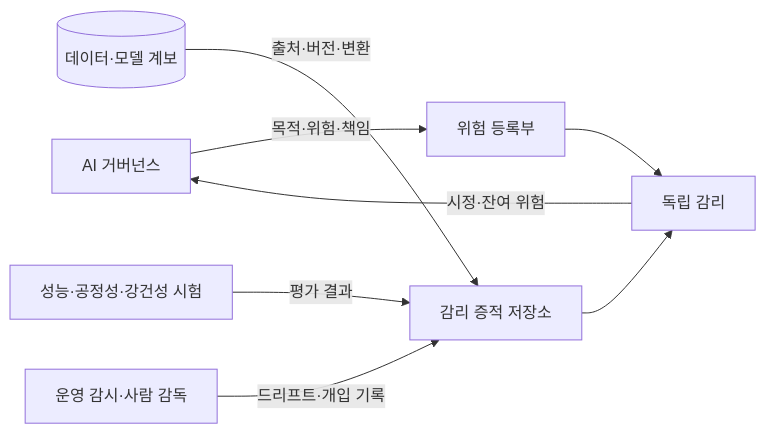
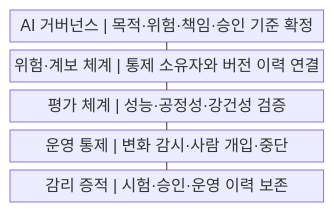
Before and after one commit to agnusdei1207/knowledge-base: the first of 2 diagrams in src/content/docs/notes/03-software/228_ai_software_audit.md, drawn with Mermaid. The commit also changed other lines of this file and 20 other files, not shown here.

````diff
--- a/src/content/docs/notes/03-software/228_ai_software_audit.md
+++ b/src/content/docs/notes/03-software/228_ai_software_audit.md
@@ -56,10 +56,13 @@
 ```mermaid
-flowchart LR
-    G[AI 거버넌스] -->|목적·위험·책임| R[위험 등록부]
-    D[(데이터·모델 계보)] -->|출처·버전·변환| E[감리 증적 저장소]
-    T[성능·공정성·강건성 시험] -->|평가 결과| E
-    O[운영 감시·사람 감독] -->|드리프트·개입 기록| E
-    R --> A[독립 감리]
-    E --> A
-    A -->|시정·잔여 위험| G
+block
+    columns 1
+    A["AI 거버넌스 | 목적·위험·책임·승인 기준 확정"]
+    B["위험·계보 체계 | 통제 소유자와 버전 이력 연결"]
+    C["평가 체계 | 성능·공정성·강건성 검증"]
+    D["운영 통제 | 변화 감시·사람 개입·중단"]
+    E["감리 증적 | 시험·승인·운영 이력 보존"]
+    A --- B
+    B --- C
+    C --- D
+    D --- E
 ```
````
